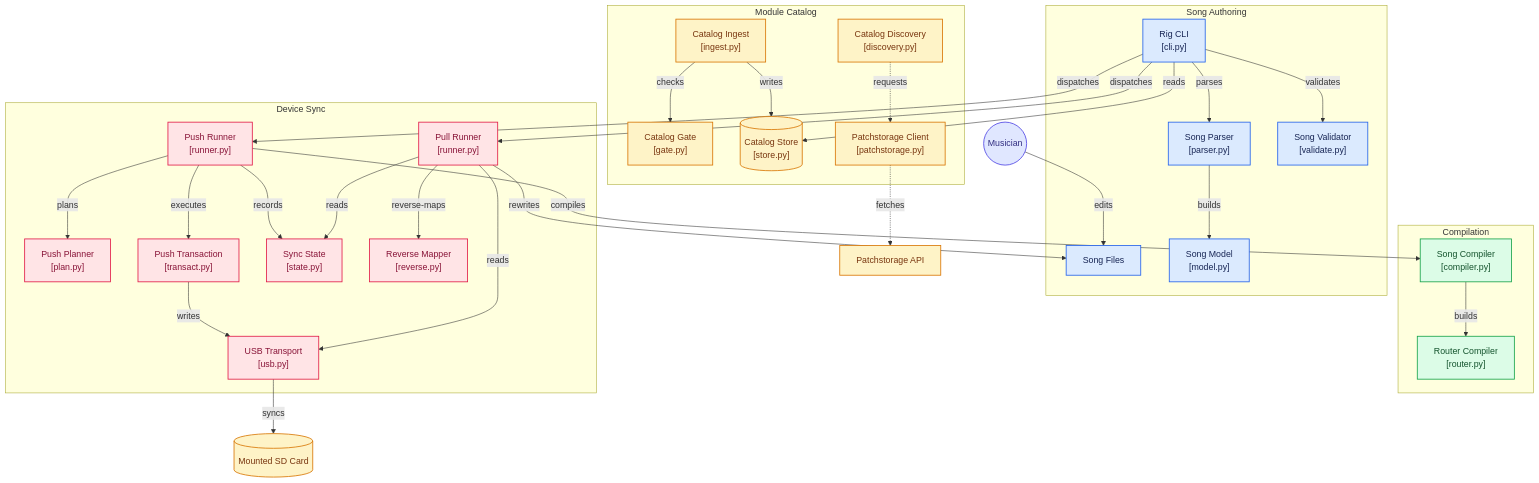
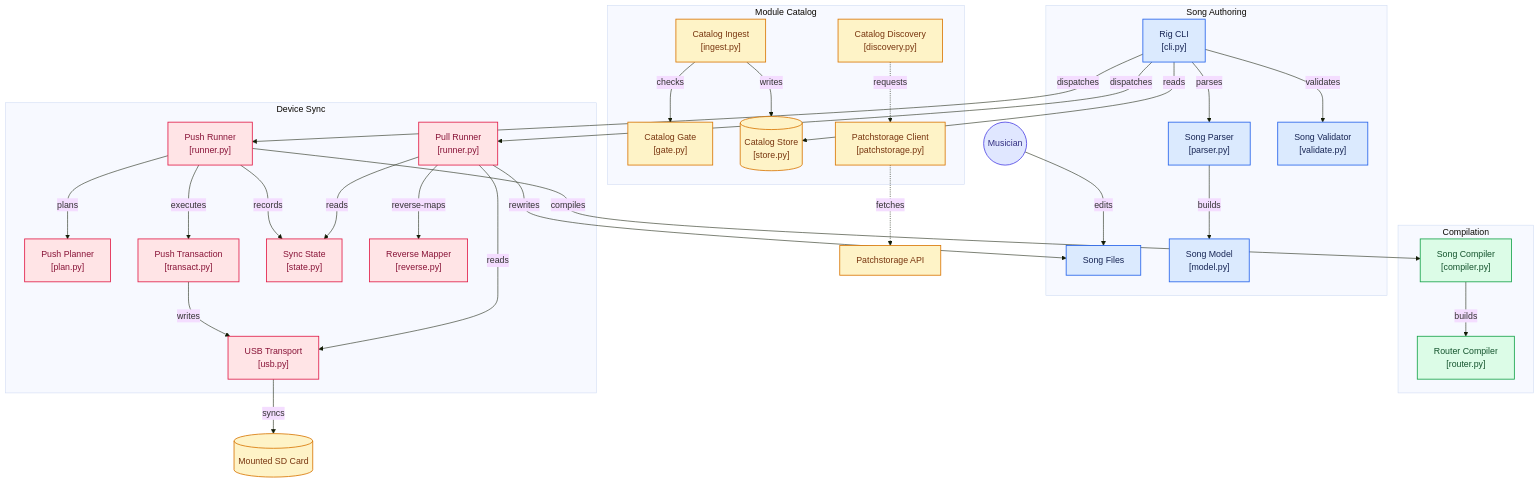
The diagram in README.md (dymartin/whaleshrk-patch-manager), drawn with Mermaid before and after one commit.

Commit message:
Change mermaid formatting on architecture diagram

````diff
--- a/README.md
+++ b/README.md
@@ -55,4 +55,5 @@
 ```mermaid
+%%{init: {"theme": "base", "themeVariables": {"background": "#ede4fb"}}}%%
 flowchart TD
 
 subgraph group_authoring["Song Authoring"]
````
